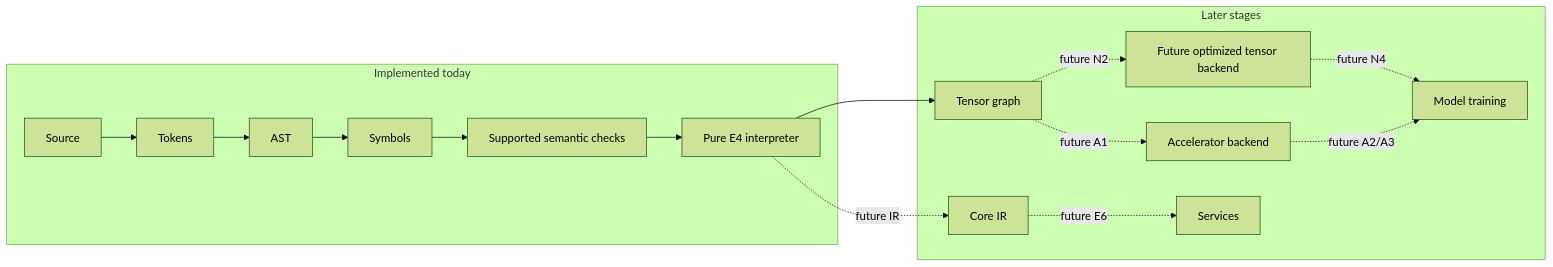
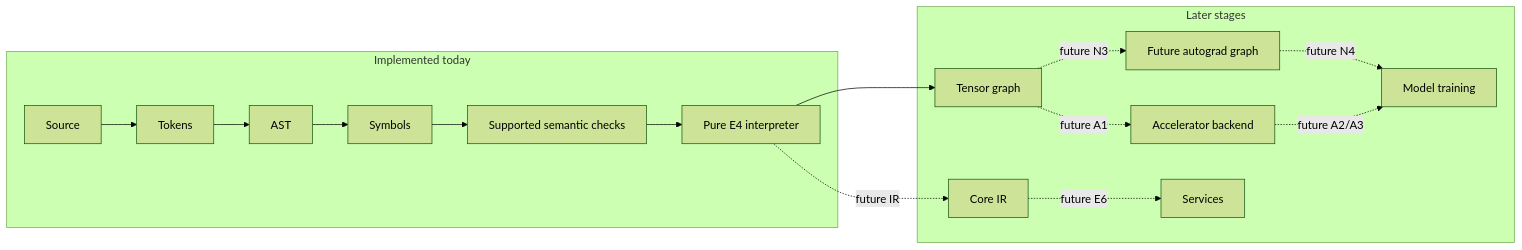
Before and after one commit to marcosbuilds/Seloryn: the diagram in docs/project/architecture.md, drawn with Mermaid (forest theme). The commit also changed other lines of this file and 22 other files, not shown here.

````diff
--- a/docs/project/architecture.md
+++ b/docs/project/architecture.md
@@ -7,25 +7,25 @@
 ```mermaid
 flowchart LR
     subgraph A1[Implemented today]
         A[Source] --> B[Tokens]
         B --> C[AST]
         C --> D[Symbols]
         D --> E[Supported semantic checks]
         E --> F[Pure E4 interpreter]
     end
     subgraph A2[Later stages]
         G[Core IR]
         H[Tensor graph]
-        I[Future optimized tensor backend]
+        I[Future autograd graph]
         J[Accelerator backend]
         K[Services]
         L[Model training]
     end
     F -. future IR .-> G
     F --> H
-    H -. future N2 .-> I
+    H -. future N3 .-> I
     H -. future A1 .-> J
     G -. future E6 .-> K
     I -. future N4 .-> L
     J -. future A2/A3 .-> L
 ```
````
